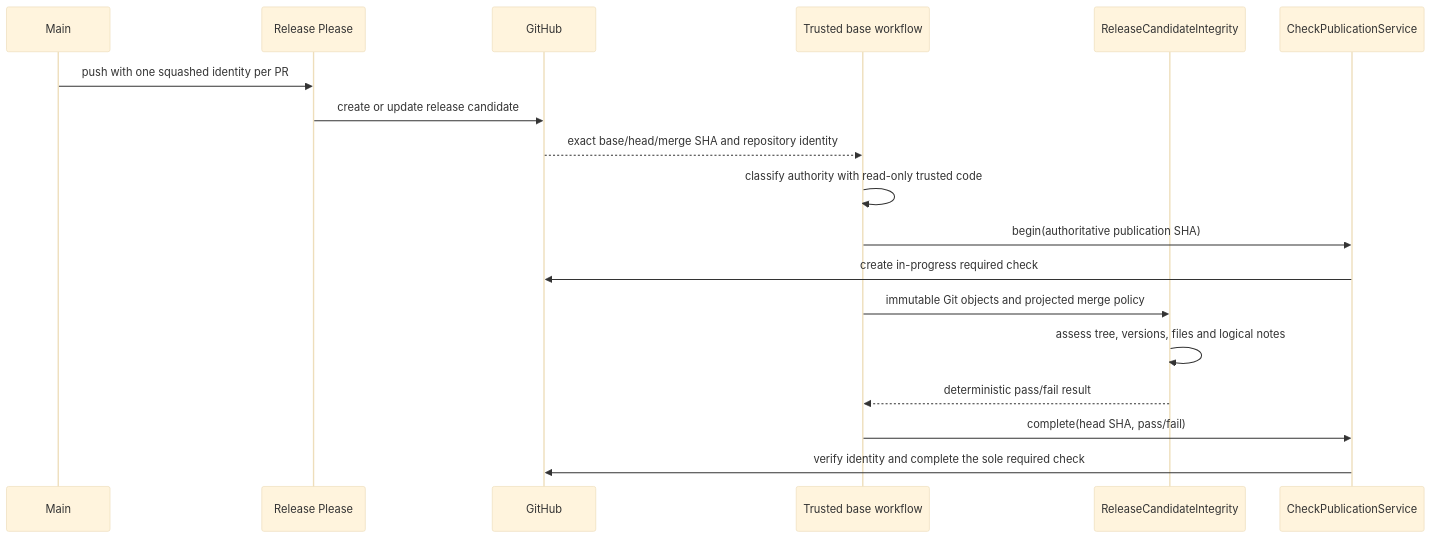
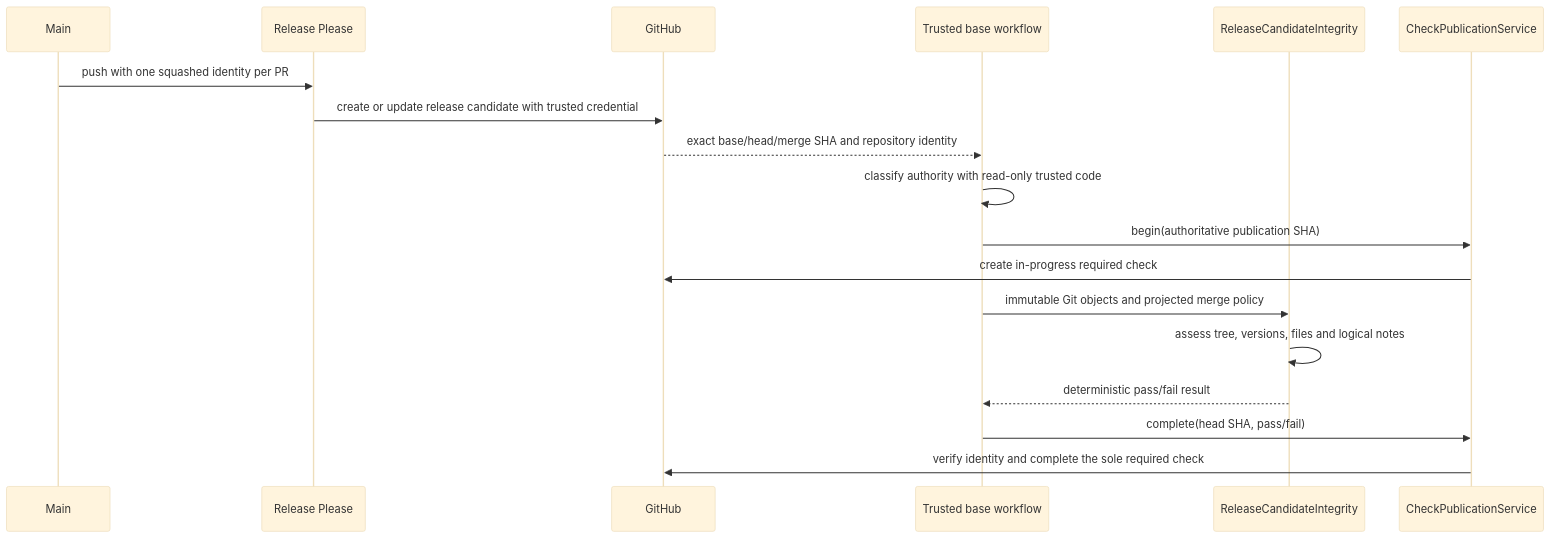
Before and after one commit to dunay2/dvt: the fourth of 4 diagrams in docs/architecture/components/ci-governance/ci-delivery-governance-component.md, drawn with Mermaid (base theme). The commit also changed other lines of this file and 8 other files, not shown here.

Commit message:
fix(ci): Require trusted release governance credentials

````diff
--- a/docs/architecture/components/ci-governance/ci-delivery-governance-component.md
+++ b/docs/architecture/components/ci-governance/ci-delivery-governance-component.md
@@ -146,21 +153,21 @@
 ```mermaid
 sequenceDiagram
   participant Main
   participant RP as Release Please
   participant GitHub
   participant Workflow as Trusted base workflow
   participant Gate as ReleaseCandidateIntegrity
   participant Publisher as CheckPublicationService
 
   Main->>RP: push with one squashed identity per PR
-  RP->>GitHub: create or update release candidate
+  RP->>GitHub: create or update release candidate with trusted credential
   GitHub-->>Workflow: exact base/head/merge SHA and repository identity
   Workflow->>Workflow: classify authority with read-only trusted code
   Workflow->>Publisher: begin(authoritative publication SHA)
   Publisher->>GitHub: create in-progress required check
   Workflow->>Gate: immutable Git objects and projected merge policy
   Gate->>Gate: assess tree, versions, files and logical notes
   Gate-->>Workflow: deterministic pass/fail result
   Workflow->>Publisher: complete(head SHA, pass/fail)
   Publisher->>GitHub: verify identity and complete the sole required check
 ```
````
